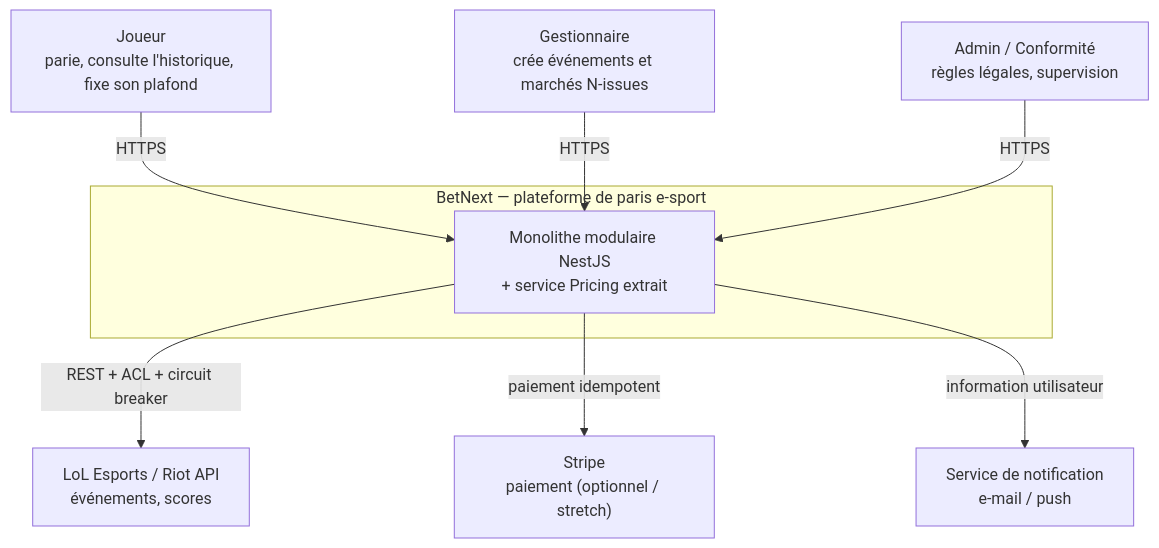
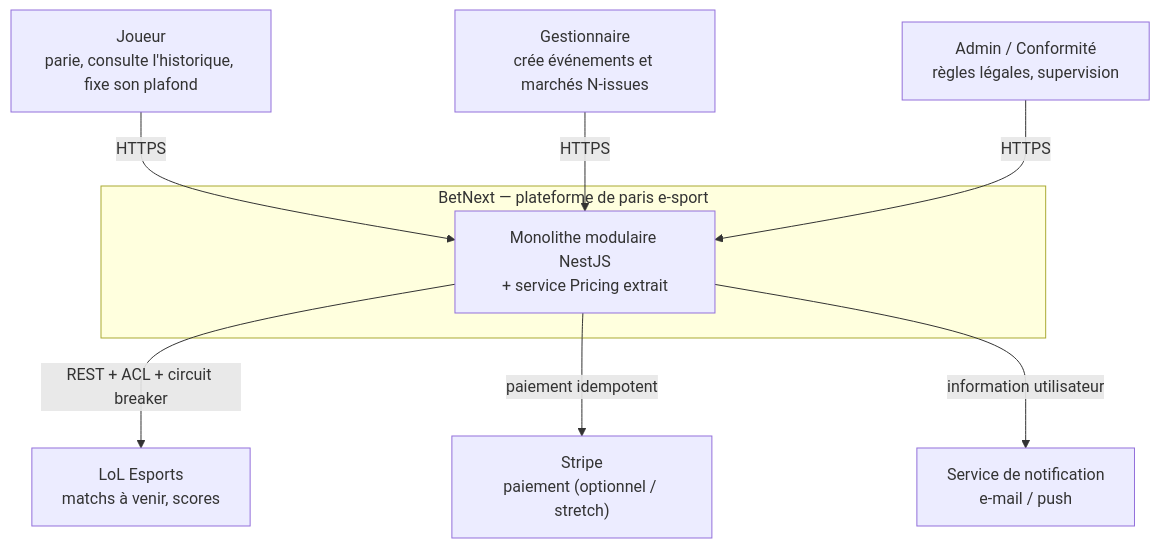
The first of 7 diagrams in docs/architecture/diagrams.md (Baptiste-Fournel/betnext), drawn with Mermaid before and after one commit. The commit also changed other lines of this file and 7 other files, not shown here.

Commit message:
docs(livrables): synchro complète des .md + diagrammes [BET-34]

````diff
--- a/docs/architecture/diagrams.md
+++ b/docs/architecture/diagrams.md
@@ -9,21 +9,21 @@
 ```mermaid
 flowchart TB
     joueur["Joueur<br/>parie, consulte l'historique, fixe son plafond"]
     gestionnaire["Gestionnaire<br/>crée événements et marchés N-issues"]
     admin["Admin / Conformité<br/>règles légales, supervision"]
 
     subgraph betnext["BetNext — plateforme de paris e-sport"]
         sys["Monolithe modulaire NestJS<br/>+ service Pricing extrait"]
     end
 
-    riot["LoL Esports / Riot API<br/>événements, scores"]
+    riot["LoL Esports<br/>matchs à venir, scores"]
     stripe["Stripe<br/>paiement (optionnel / stretch)"]
     notif["Service de notification<br/>e-mail / push"]
 
     joueur -->|HTTPS| sys
     gestionnaire -->|HTTPS| sys
     admin -->|HTTPS| sys
     sys -->|REST + ACL + circuit breaker| riot
     sys -->|paiement idempotent| stripe
     sys -->|information utilisateur| notif
 ```
````
